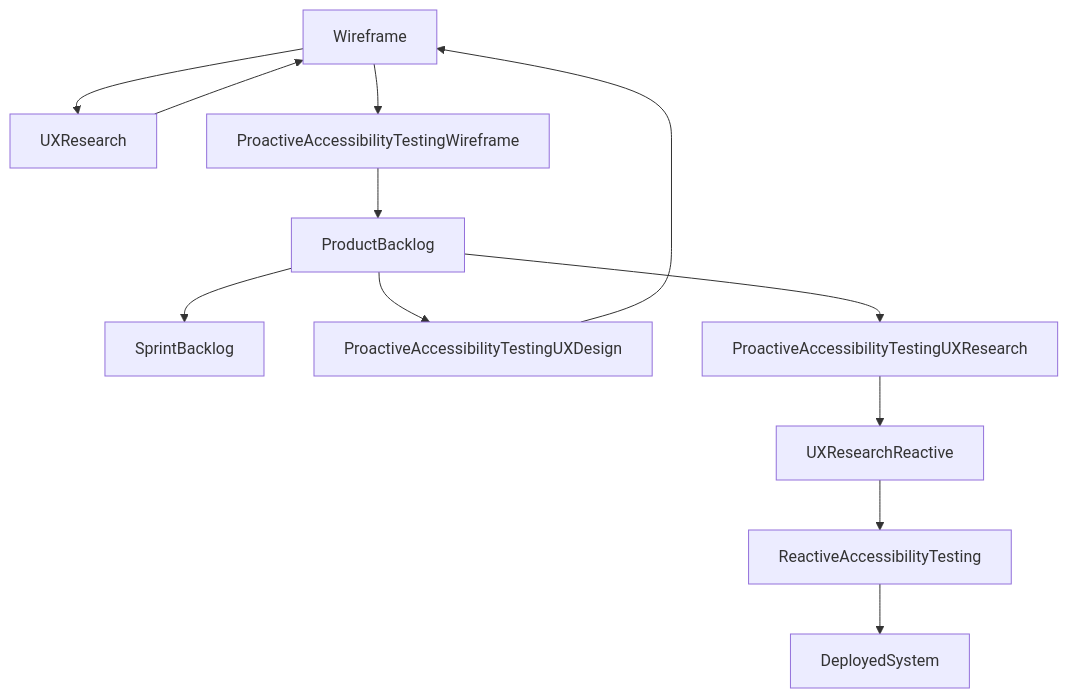
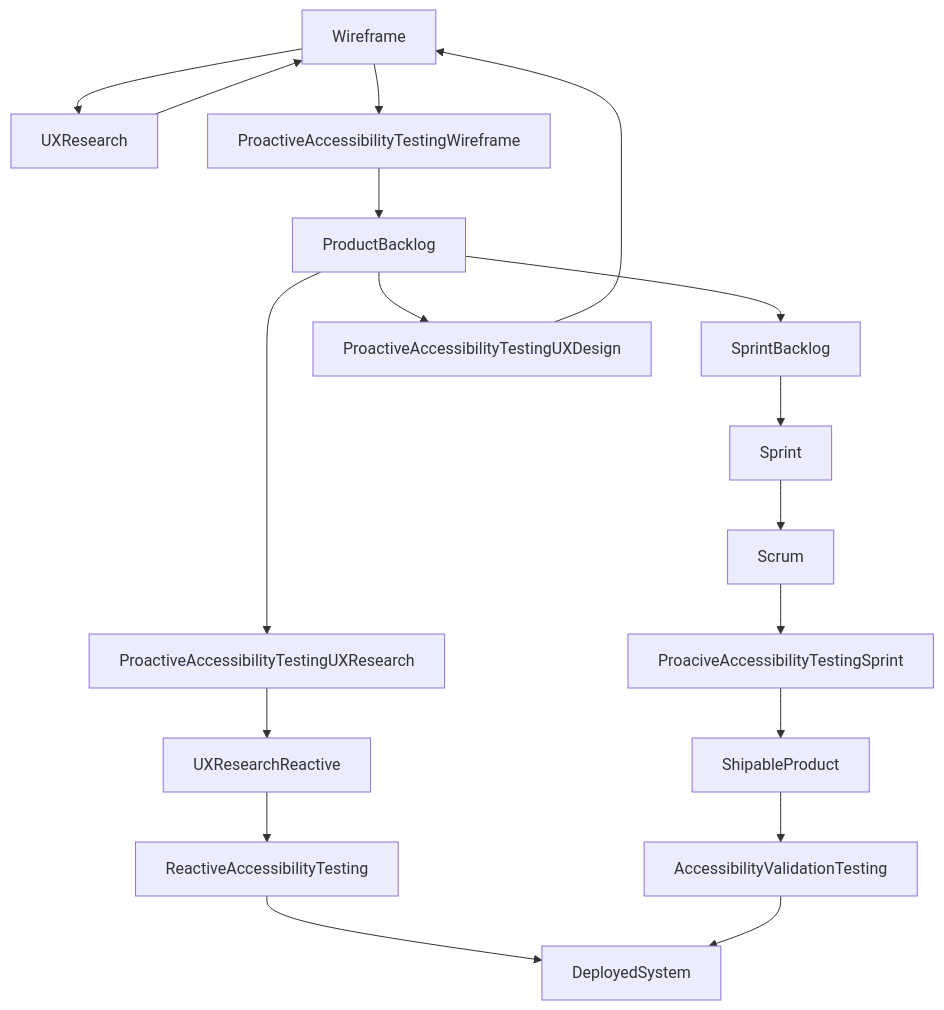
Before and after one commit to mgifford/mermaid-graphs: the diagram in README.md, drawn with Mermaid.

Commit message:
Accessibility in scrum process

````diff
--- a/README.md
+++ b/README.md
@@ -6,14 +6,20 @@
 ```mermaid
 graph TD
     Wireframe-->UXResearch;
     UXResearch-->Wireframe;
     Wireframe-->ProactiveAccessibilityTestingWireframe;
     ProactiveAccessibilityTestingWireframe-->ProductBacklog;
     ProductBacklog-->SprintBacklog;
     ProductBacklog-->ProactiveAccessibilityTestingUXDesign;
     ProductBacklog-->ProactiveAccessibilityTestingUXResearch;
     ProactiveAccessibilityTestingUXDesign-->Wireframe;
     ProactiveAccessibilityTestingUXResearch-->UXResearchReactive;
     UXResearchReactive-->ReactiveAccessibilityTesting;
     ReactiveAccessibilityTesting-->DeployedSystem;
+    SprintBacklog-->Sprint;
+    Sprint-->Scrum;
+    Scrum-->ProaciveAccessibilityTestingSprint;
+    ProaciveAccessibilityTestingSprint-->ShipableProduct;
+    ShipableProduct-->AccessibilityValidationTesting;
+    AccessibilityValidationTesting-->DeployedSystem;
 ```
````
